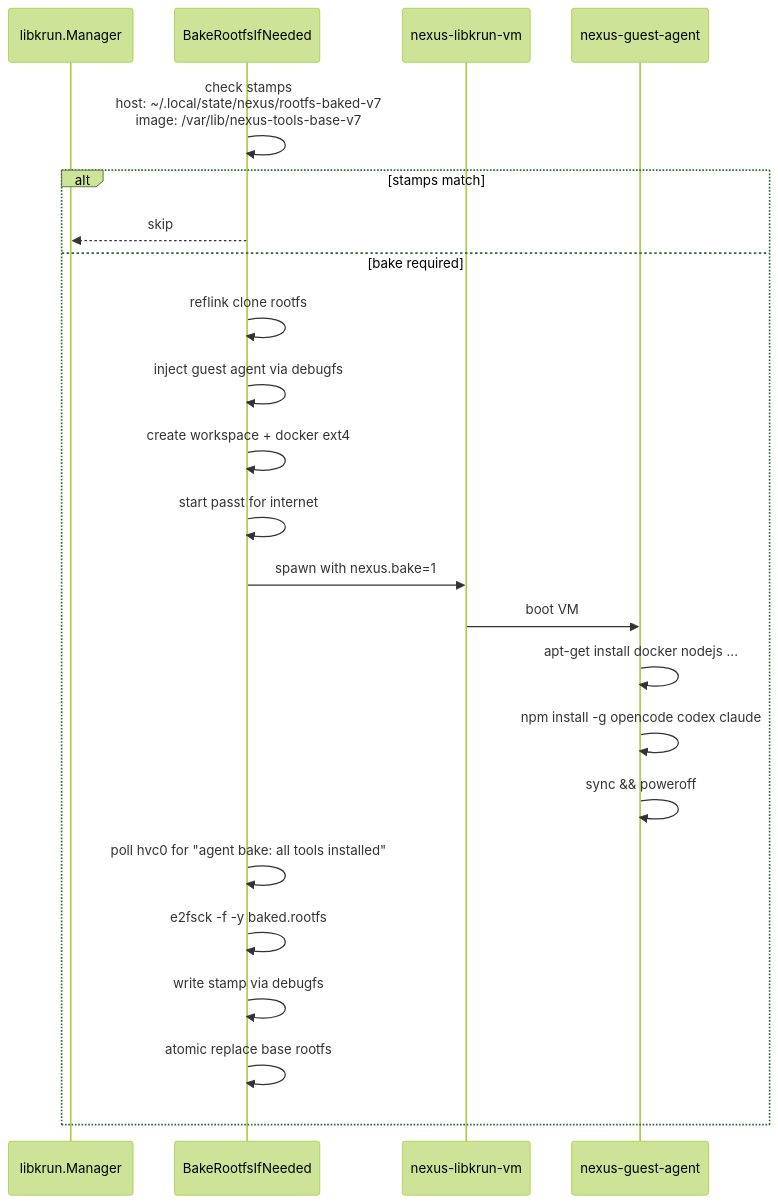
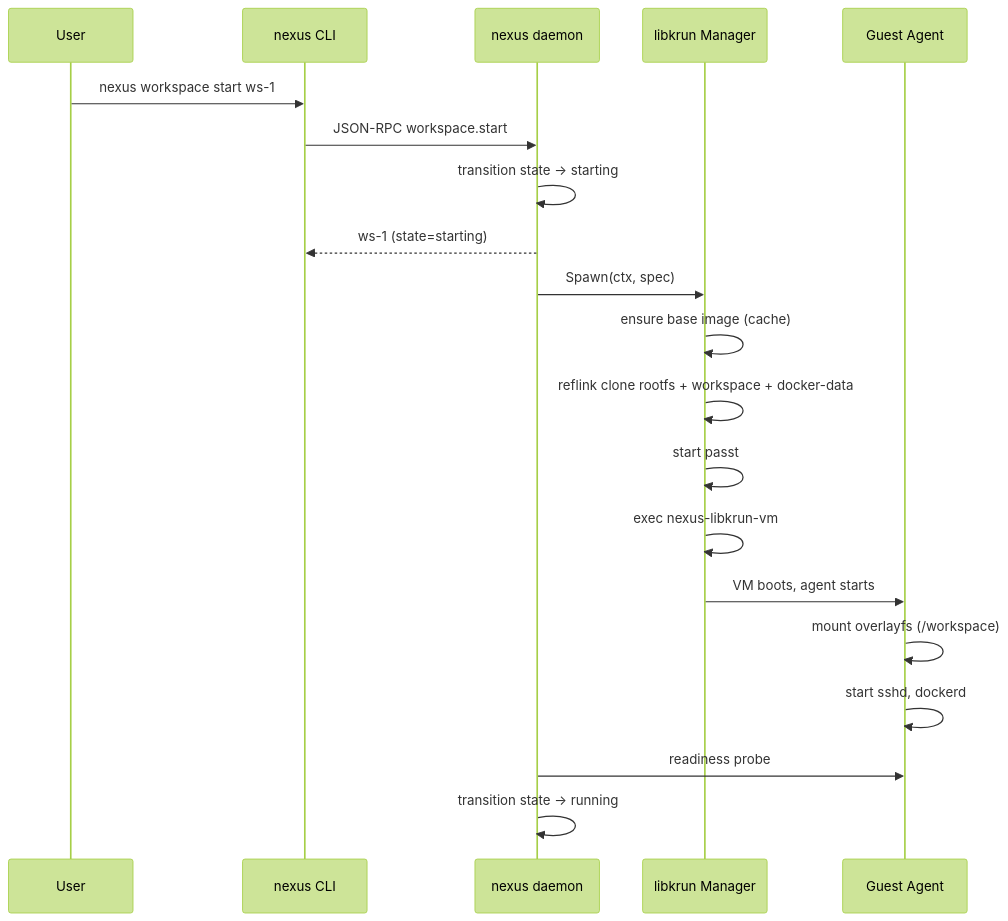
Before and after one commit to oursky/nexus: the fifth of 5 diagrams in ARCHITECTURE.md, drawn with Mermaid (forest theme). The commit also changed other lines of this file and 7 other files, not shown here.

````diff
--- a/ARCHITECTURE.md
+++ b/ARCHITECTURE.md
@@ -253,26 +174,23 @@
 ```mermaid
 sequenceDiagram
-    participant M as libkrun.Manager
-    participant Bake as BakeRootfsIfNeeded
-    participant VMM as nexus-libkrun-vm
-    participant GA as nexus-guest-agent
+    participant User
+    participant CLI as nexus CLI
+    participant Daemon as nexus daemon
+    participant LK as libkrun Manager
+    participant GA as Guest Agent
 
-    Bake->>Bake: check stamps<br/>host: ~/.local/state/nexus/rootfs-baked-v7<br/>image: /var/lib/nexus-tools-base-v7
-    alt stamps match
-        Bake-->>M: skip
-    else bake required
-        Bake->>Bake: reflink clone rootfs
-        Bake->>Bake: inject guest agent via debugfs
-        Bake->>Bake: create workspace + docker ext4
-        Bake->>Bake: start passt for internet
-        Bake->>VMM: spawn with nexus.bake=1
-        VMM->>GA: boot VM
-        GA->>GA: apt-get install docker nodejs ...
-        GA->>GA: npm install -g opencode codex claude
-        GA->>GA: sync && poweroff
-        Bake->>Bake: poll hvc0 for "agent bake: all tools installed"
-        Bake->>Bake: e2fsck -f -y baked.rootfs
-        Bake->>Bake: write stamp via debugfs
-        Bake->>Bake: atomic replace base rootfs
-    end
+    User->>CLI: nexus workspace start ws-1
+    CLI->>Daemon: JSON-RPC workspace.start
+    Daemon->>Daemon: transition state → starting
+    Daemon-->>CLI: ws-1 (state=starting)
+    Daemon->>LK: Spawn(ctx, spec)
+    LK->>LK: ensure base image (cache)
+    LK->>LK: reflink clone rootfs + workspace + docker-data
+    LK->>LK: start passt
+    LK->>LK: exec nexus-libkrun-vm
+    LK->>GA: VM boots, agent starts
+    GA->>GA: mount overlayfs (/workspace)
+    GA->>GA: start sshd, dockerd
+    Daemon->>GA: readiness probe
+    Daemon->>Daemon: transition state → running
 ```
````
